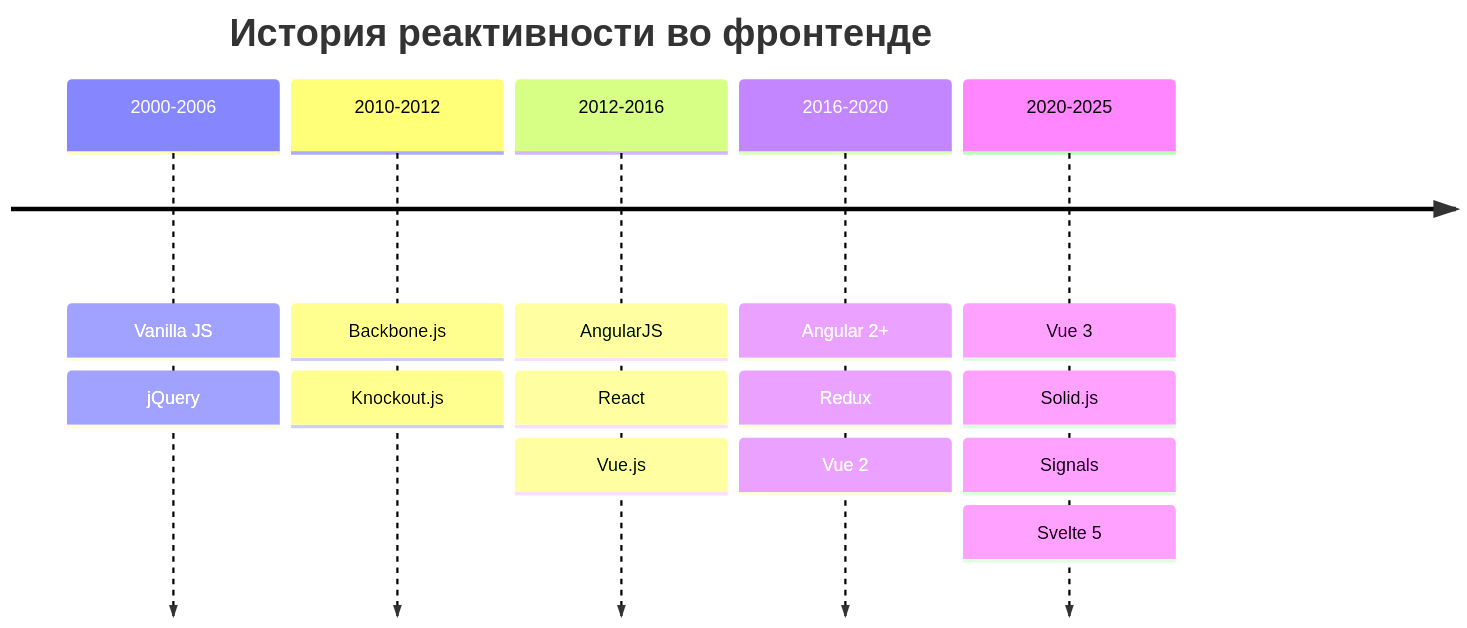
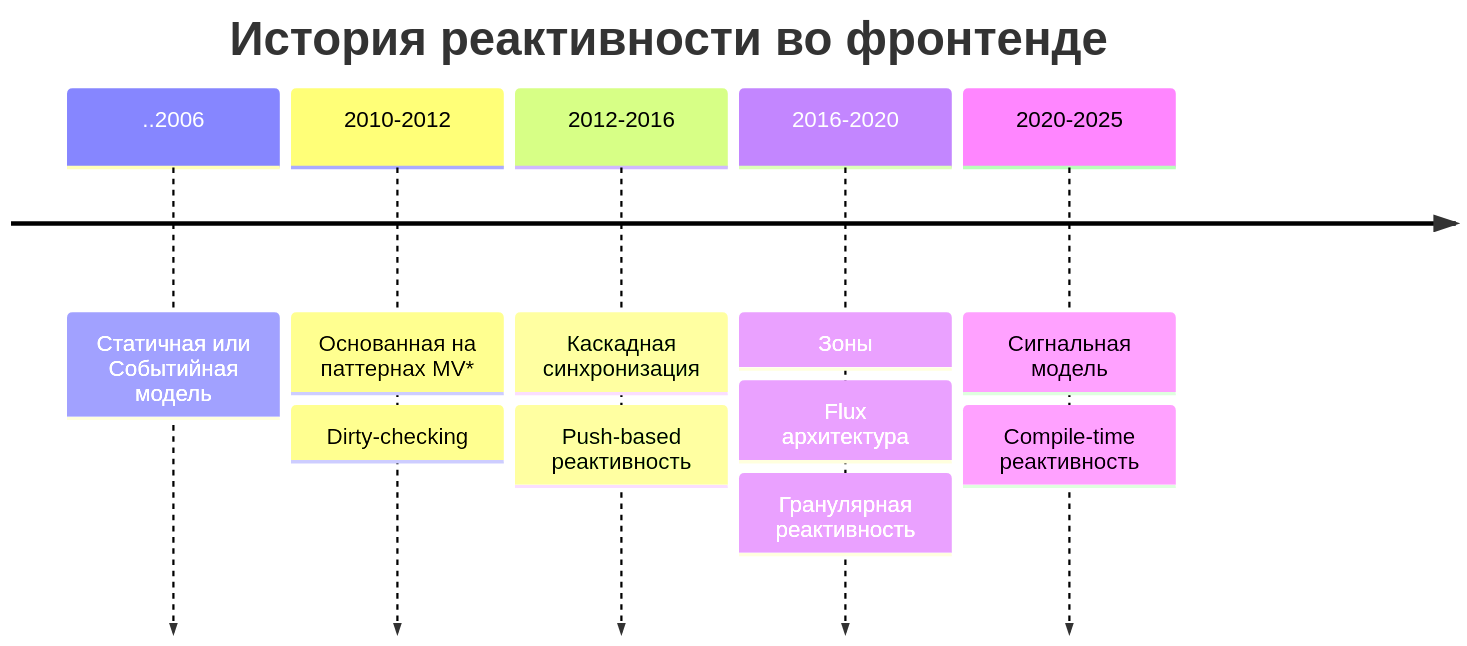
The diagram in 2025/seccon_history-of-reactivity/parts/1_intro.md (Sdju/speech), drawn with Mermaid before and after one commit. The commit also changed other lines of this file and 19 other files, not shown here.

````diff
--- a/2025/seccon_history-of-reactivity/parts/1_intro.md
+++ b/2025/seccon_history-of-reactivity/parts/1_intro.md
@@ -75,23 +145,25 @@
 ```mermaid
+---
+config:
+  themeVariables:
+    fontSize: 20px
+---
+
 timeline
     title История реактивности во фронтенде
     
-    2000-2006 : Vanilla JS
-              : jQuery
+    ..2006 : Статичная или Событийная модель
     
-    2010-2012 : Backbone.js
-              : Knockout.js
+    2010-2012 : Основанная на паттернах MV*
+              : Dirty-checking
     
-    2012-2016 : AngularJS
-              : React
-              : Vue.js
+    2012-2016 : Каскадная синхронизация
+              : Push-based реактивность
     
-    2016-2020 : Angular 2+
-              : Redux
-              : Vue 2
+    2016-2020 : Зоны
+              : Flux архитектура
+              : Гранулярная реактивность
     
-    2020-2025 : Vue 3
-              : Solid.js
-              : Signals
-              : Svelte 5
+    2020-2025 : Сигнальная модель
+              : Compile-time реактивность
 ```
````
